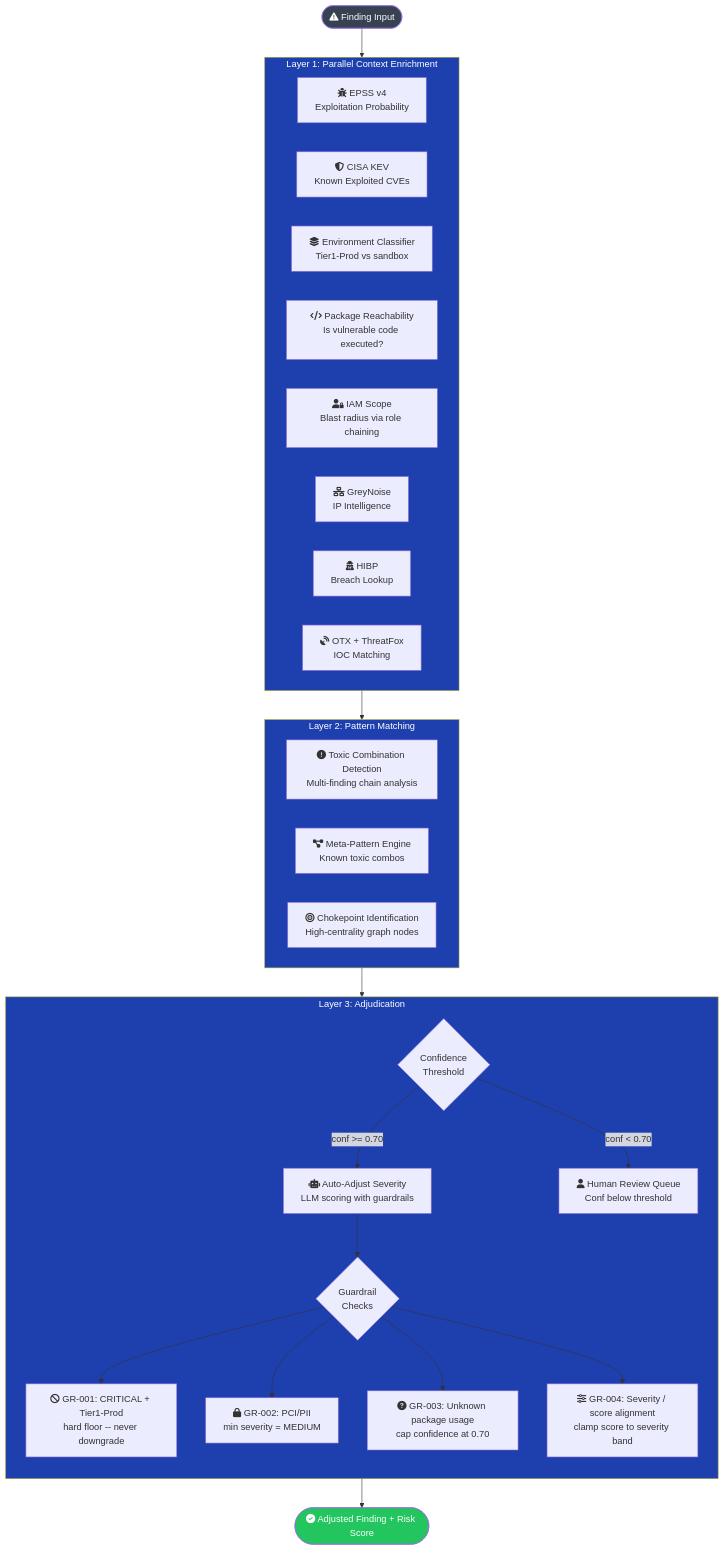
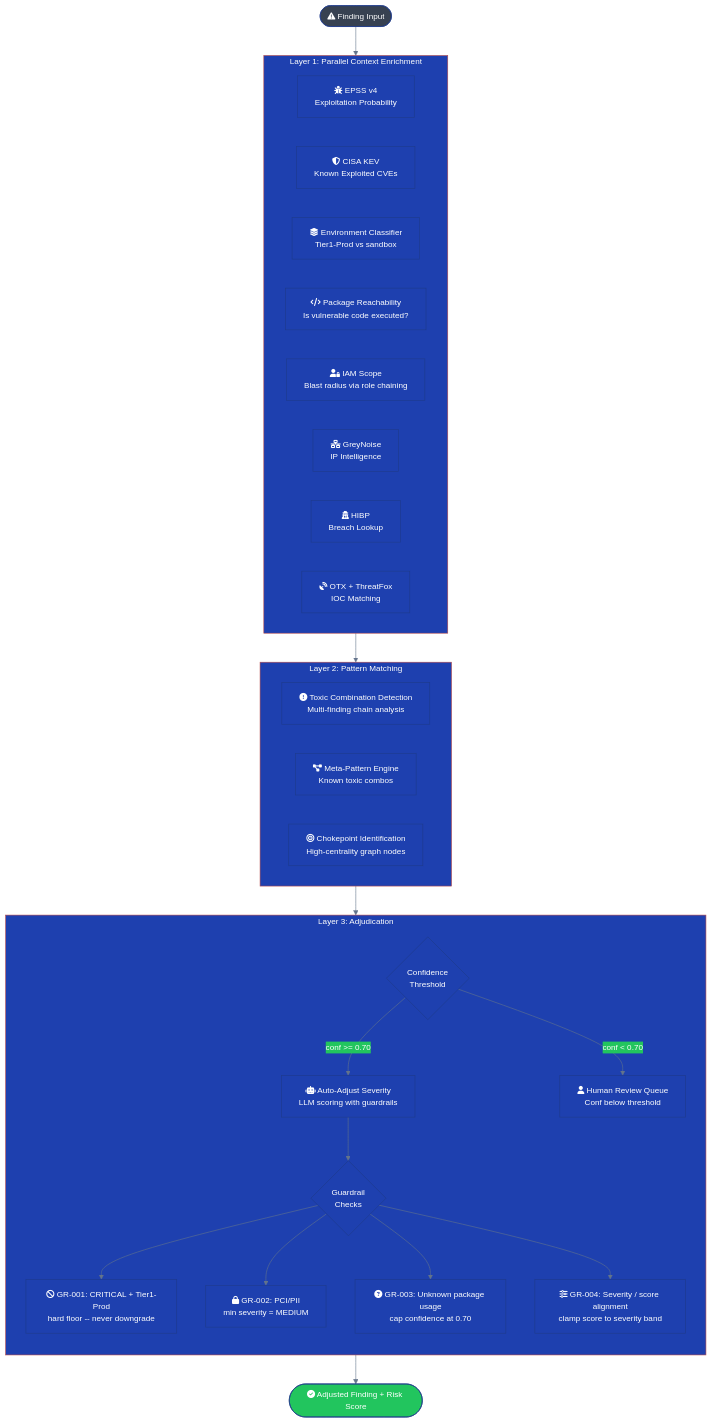
Before and after one commit to lvonguyen/cloudforge: the diagram in docs/core/diagrams/risk-intelligence-pipeline.mmd, drawn with Mermaid. The commit also changed 11 other files, not shown here.

First line of the commit message:
docs: normalize Mermaid diagram fonts to Georgia

```diff
--- a/docs/core/diagrams/risk-intelligence-pipeline.mmd
+++ b/docs/core/diagrams/risk-intelligence-pipeline.mmd
@@ -1,52 +1,54 @@
+%%{init: {'theme': 'base', 'themeVariables': {'fontFamily': 'Georgia, serif', 'fontSize': '14px', 'primaryColor': '#1e40af', 'primaryTextColor': '#fff', 'primaryBorderColor': '#1e3a8a', 'lineColor': '#64748b', 'secondaryColor': '#22c55e', 'tertiaryColor': '#ef4444'}}}%%
+
 flowchart TD
     A(["fa:fa-exclamation-triangle Finding Input"]) --> L1
 
     subgraph L1 ["Layer 1: Parallel Context Enrichment"]
         direction LR
         B1["fa:fa-bug EPSS v4\nExploitation Probability"]
         B2["fa:fa-shield-alt CISA KEV\nKnown Exploited CVEs"]
         B3["fa:fa-layer-group Environment Classifier\nTier1-Prod vs sandbox"]
         B4["fa:fa-code Package Reachability\nIs vulnerable code executed?"]
         B5["fa:fa-user-lock IAM Scope\nBlast radius via role chaining"]
         B6["fa:fa-network-wired GreyNoise\nIP Intelligence"]
         B7["fa:fa-user-secret HIBP\nBreach Lookup"]
         B8["fa:fa-satellite-dish OTX + ThreatFox\nIOC Matching"]
     end
 
     L1 --> L2
 
     subgraph L2 ["Layer 2: Pattern Matching"]
         direction LR
         C1["fa:fa-exclamation-circle Toxic Combination Detection\nMulti-finding chain analysis"]
         C2["fa:fa-project-diagram Meta-Pattern Engine\nKnown toxic combos"]
         C3["fa:fa-bullseye Chokepoint Identification\nHigh-centrality graph nodes"]
     end
 
     L2 --> L3
 
     subgraph L3 ["Layer 3: Adjudication"]
         direction TB
         D1{Confidence\nThreshold}
         D2["fa:fa-robot Auto-Adjust Severity\nLLM scoring with guardrails"]
         D3["fa:fa-user Human Review Queue\nConf below threshold"]
         D4{Guardrail\nChecks}
         D5["fa:fa-ban GR-001: CRITICAL + Tier1-Prod\nhard floor -- never downgrade"]
         D6["fa:fa-lock GR-002: PCI/PII\nmin severity = MEDIUM"]
         D7["fa:fa-question-circle GR-003: Unknown package usage\ncap confidence at 0.70"]
         D8["fa:fa-sliders-h GR-004: Severity / score alignment\nclamp score to severity band"]
         D1 -->|conf >= 0.70| D2
         D1 -->|conf < 0.70| D3
         D2 --> D4
         D4 --> D5
         D4 --> D6
         D4 --> D7
         D4 --> D8
     end
 
     L3 --> E(["fa:fa-check-circle Adjusted Finding + Risk Score"])
 
     style L1 fill:#1e40af,color:#fff
     style L2 fill:#1e40af,color:#fff
     style L3 fill:#1e40af,color:#fff
     style E fill:#22c55e,color:#fff
     style A fill:#374151,color:#fff
```
